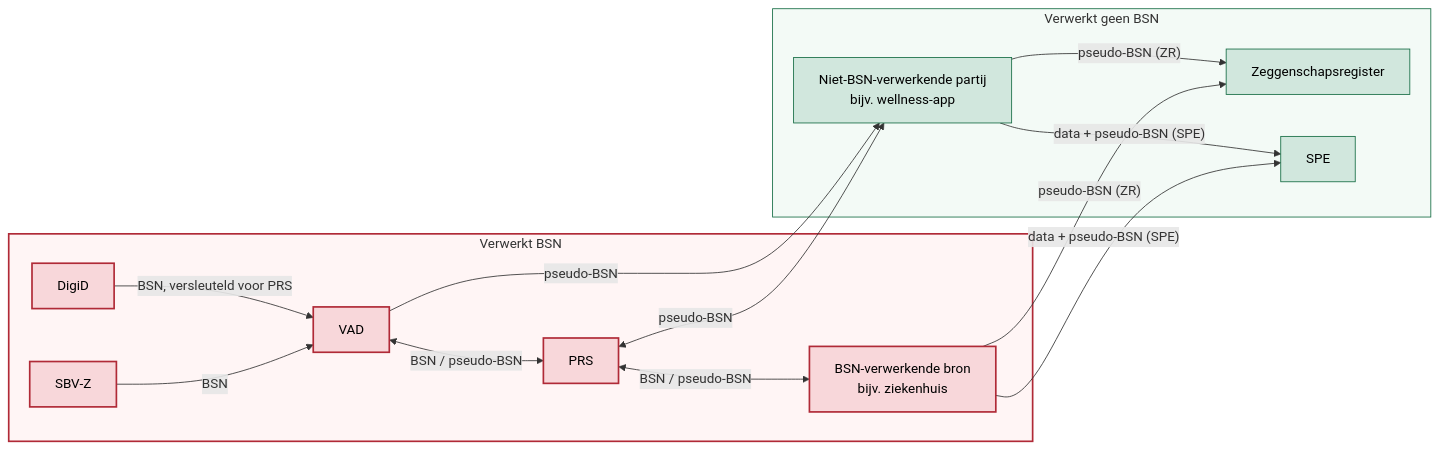
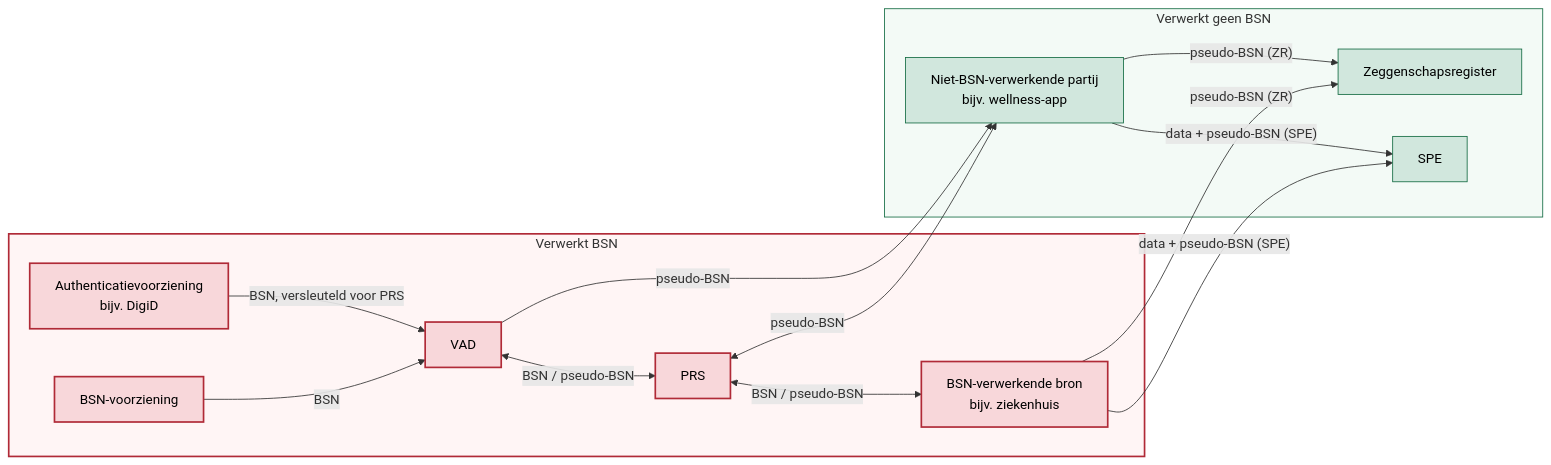
Before and after one commit to minvws/generiekefuncties-docs: the first of 8 diagrams in input/pagecontent/identification-sg.md, drawn with Mermaid. The commit also changed other lines of this file and 1 other file, not shown here.

````diff
--- a/input/pagecontent/identification-sg.md
+++ b/input/pagecontent/identification-sg.md
@@ -110,34 +112,34 @@
 ```mermaid
 flowchart LR
     subgraph bsn["Verwerkt BSN"]
-        digid["DigiD"]
-        sbvz["SBV-Z"]
+        digid["Authenticatievoorziening<br/>bijv. DigiD"]
+        sbvz["BSN-voorziening"]
         vad["VAD"]
         prs["PRS"]
         bron["BSN-verwerkende bron<br/>bijv. ziekenhuis"]
     end
 
     subgraph geenbsn["Verwerkt geen BSN"]
         partij["Niet-BSN-verwerkende partij<br/>bijv. wellness-app"]
         zr["Zeggenschapsregister"]
         spe["SPE"]
     end
 
     digid -- "BSN, versleuteld voor PRS" --> vad
     sbvz -- "BSN" --> vad
     vad <-->|"BSN / pseudo-BSN"| prs
     prs <-->|"BSN / pseudo-BSN"| bron
     vad -- "pseudo-BSN" --> partij
     prs <-->|"pseudo-BSN"| partij
     partij -- "pseudo-BSN (ZR)" --> zr
     partij -- "data + pseudo-BSN (SPE)" --> spe
     bron -- "pseudo-BSN (ZR)" --> zr
     bron -- "data + pseudo-BSN (SPE)" --> spe
 
     classDef bsnNode fill:#f8d7da,stroke:#b02a37,stroke-width:2px,color:#000
     classDef geenBsnNode fill:#d1e7dd,stroke:#146c43,color:#000
     class digid,sbvz,vad,prs,bron bsnNode
     class partij,zr,spe geenBsnNode
     style bsn fill:#fff5f5,stroke:#b02a37,stroke-width:2px
     style geenbsn fill:#f3faf6,stroke:#146c43
 ```
````
